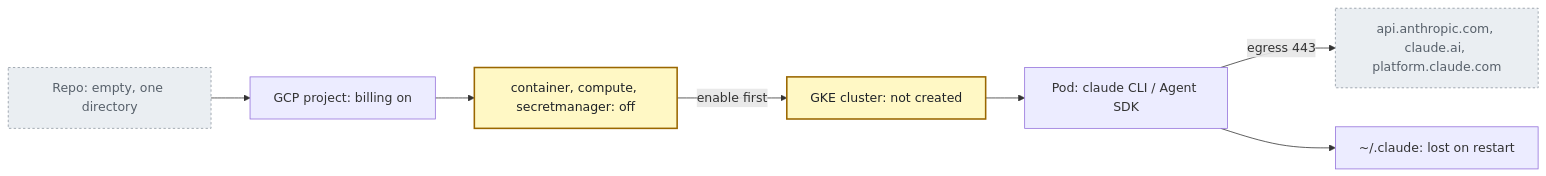
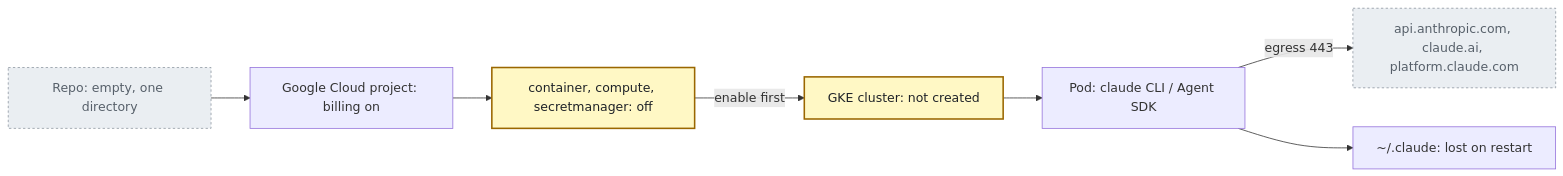
One commit to knwoop/kubernetes-playground changed the second of 5 diagrams in gke-claude-agent/_diagrams/research.md. Above: the diagram before and after it, drawn with Mermaid. The commit also changed other lines of this file and 3 other files, not shown here.

Commit message:
Write Google Cloud instead of GCP

````diff
--- a/gke-claude-agent/_diagrams/research.md
+++ b/gke-claude-agent/_diagrams/research.md
@@ -17,19 +17,19 @@
 ```mermaid
 flowchart LR
   repo["Repo: empty, one directory"]:::boundary
-  proj["GCP project: billing on"]
+  proj["Google Cloud project: billing on"]
   apis["container, compute, secretmanager: off"]:::changed
   gke["GKE cluster: not created"]:::changed
   pod["Pod: claude CLI / Agent SDK"]
   api["api.anthropic.com, claude.ai, platform.claude.com"]:::boundary
   state["~/.claude: lost on restart"]
   repo --> proj
   proj --> apis
   apis -->|"enable first"| gke
   gke --> pod
   pod -->|"egress 443"| api
   pod --> state
 
   classDef changed fill:#fff8c5,stroke:#9a6700,stroke-width:2px,color:#1f2328
   classDef boundary fill:#eaeef2,stroke:#8c959f,stroke-dasharray:3 3,color:#57606a
 ```
````
